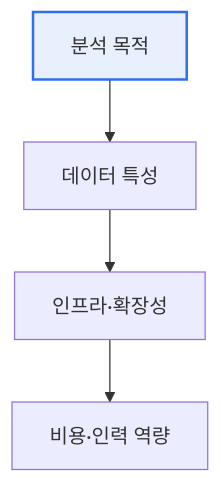
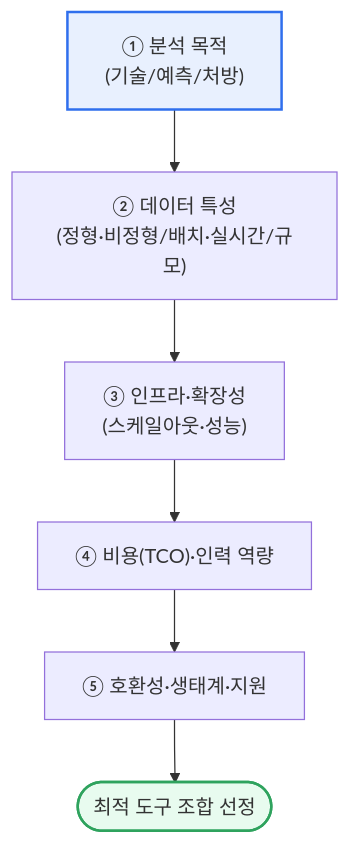
The second of 2 diagrams in content/bigdata-analysis-tools.md (coninggu/wjdqhrhksflrltnftk), drawn with Mermaid before and after one commit. The commit also changed other lines of this file and 3 other files, not shown here.

````diff
--- a/content/bigdata-analysis-tools.md
+++ b/content/bigdata-analysis-tools.md
@@ -15,7 +32,10 @@
 ```mermaid
 flowchart TB
-  G[분석 목적] --> D[데이터 특성]
-  D --> I[인프라·확장성]
-  I --> C[비용·인력 역량]
+  G["① 분석 목적<br/>(기술/예측/처방)"] --> D["② 데이터 특성<br/>(정형·비정형/배치·실시간/규모)"]
+  D --> I["③ 인프라·확장성<br/>(스케일아웃·성능)"]
+  I --> C["④ 비용(TCO)·인력 역량"]
+  C --> E["⑤ 호환성·생태계·지원"]
+  E --> R(["최적 도구 조합 선정"])
   style G fill:#e8f0fe,stroke:#2f6fed,stroke-width:2px
+  style R fill:#e8fbef,stroke:#2fa35e,stroke-width:2px
 ```
````
